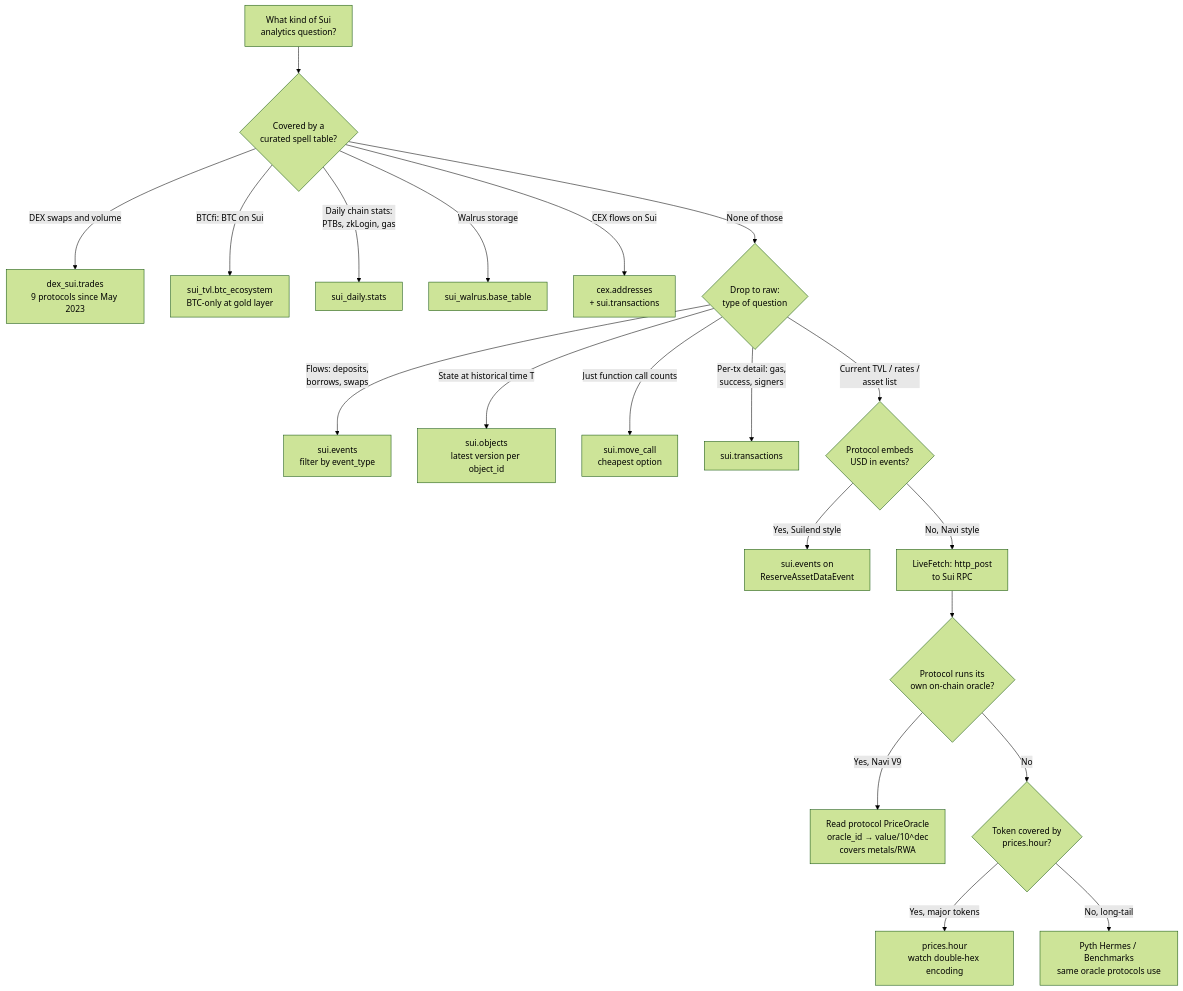
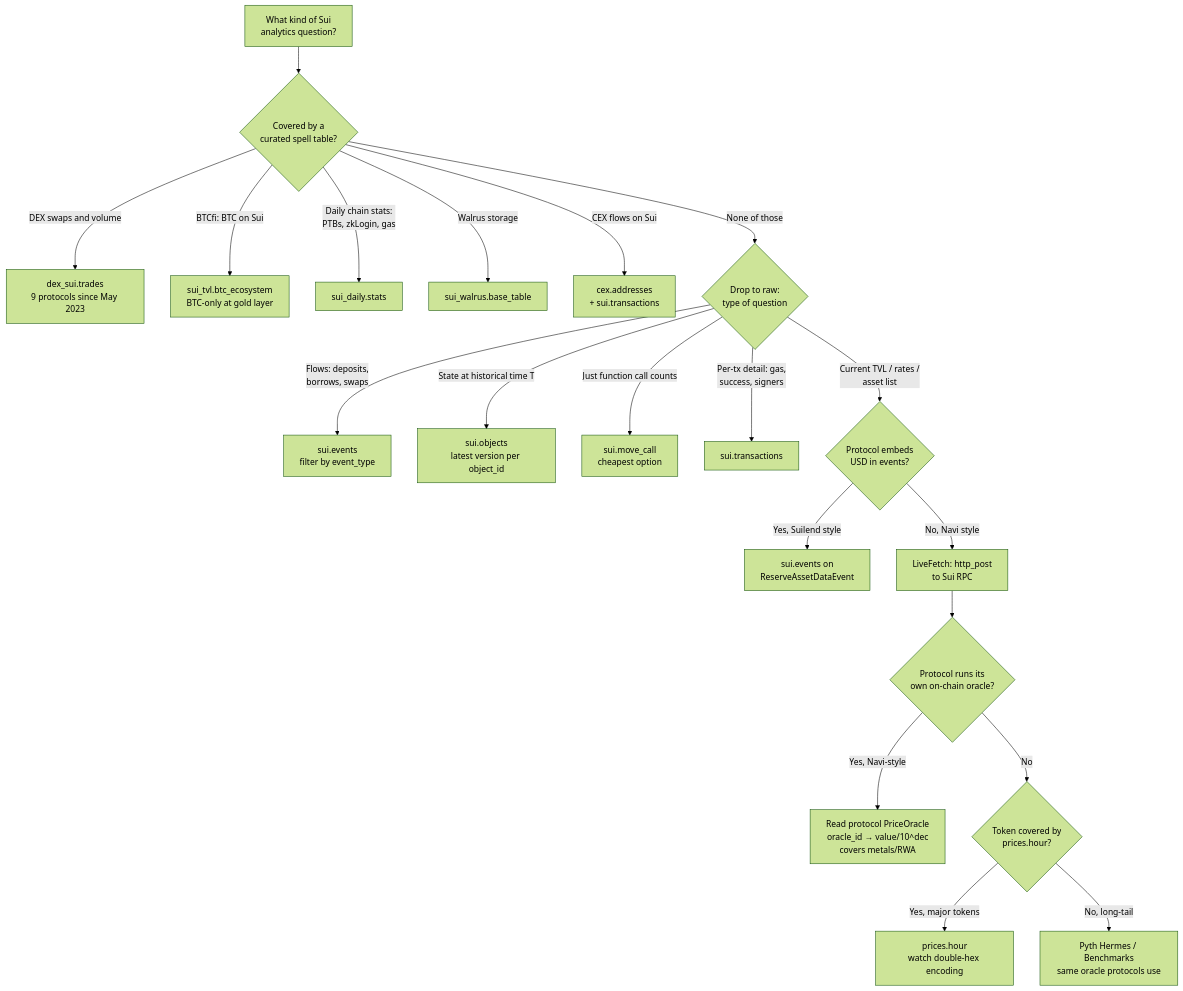
The second of 2 diagrams in README.md (vchrl/dune-sui-query-builder), drawn with Mermaid (forest theme) before and after one commit. The commit also changed other lines of this file, not shown here.

````diff
--- a/README.md
+++ b/README.md
@@ -84,26 +71,26 @@
 ```mermaid
 flowchart TD
     Start[What kind of Sui<br/>analytics question?] --> Curated{Covered by a<br/>curated spell table?}
 
     Curated -->|DEX swaps and volume| C1[dex_sui.trades<br/>9 protocols since May 2023]
     Curated -->|BTCfi: BTC on Sui| C2[sui_tvl.btc_ecosystem<br/>BTC-only at gold layer]
     Curated -->|Daily chain stats:<br/>PTBs, zkLogin, gas| C3[sui_daily.stats]
     Curated -->|Walrus storage| C4[sui_walrus.base_table]
     Curated -->|CEX flows on Sui| C5[cex.addresses<br/>+ sui.transactions]
     Curated -->|None of those| A{Drop to raw:<br/>type of question}
 
     A -->|Flows: deposits,<br/>borrows, swaps| E1[sui.events<br/>filter by event_type]
     A -->|State at historical time T| E2[sui.objects<br/>latest version per object_id]
     A -->|Just function call counts| E3[sui.move_call<br/>cheapest option]
     A -->|Per-tx detail: gas,<br/>success, signers| E4[sui.transactions]
     A -->|Current TVL / rates /<br/>asset list| Live{Protocol embeds<br/>USD in events?}
 
     Live -->|Yes, Suilend style| E5[sui.events on<br/>ReserveAssetDataEvent]
     Live -->|No, Navi style| E6[LiveFetch: http_post<br/>to Sui RPC]
 
     E6 --> O{Protocol runs its<br/>own on-chain oracle?}
-    O -->|Yes, Navi V9| E9[Read protocol PriceOracle<br/>oracle_id → value/10^dec<br/>covers metals/RWA]
+    O -->|Yes, Navi-style| E9[Read protocol PriceOracle<br/>oracle_id → value/10^dec<br/>covers metals/RWA]
     O -->|No| P{Token covered by<br/>prices.hour?}
     P -->|Yes, major tokens| E7[prices.hour<br/>watch double-hex encoding]
     P -->|No, long-tail| E8[Pyth Hermes / Benchmarks<br/>same oracle protocols use]
 ```
````
